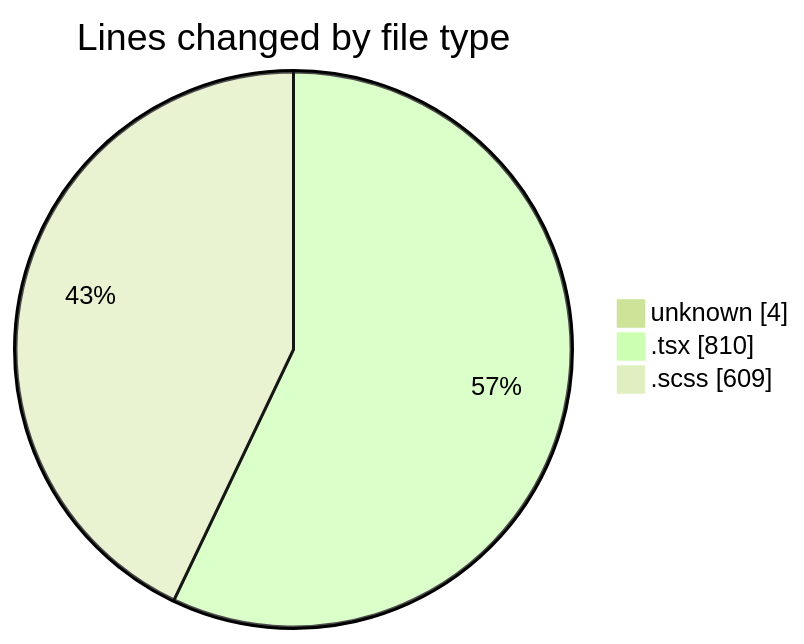
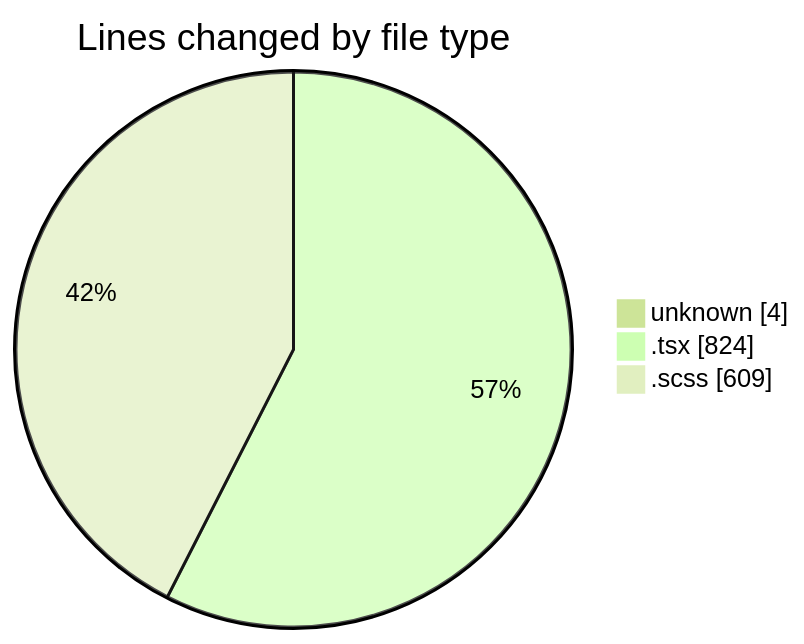
Before and after one commit to momahboobian/code-tracking: the first of 2 diagrams in 2025-02-14/cda/README.md, drawn with Mermaid (forest theme). The commit also changed other lines of this file and 1 other file, not shown here.

````diff
--- a/2025-02-14/cda/README.md
+++ b/2025-02-14/cda/README.md
@@ -27,7 +27,7 @@
 ```mermaid
 pie showData
 title Lines changed by file type
 "unknown" : 4
-".tsx" : 810
+".tsx" : 824
 ".scss" : 609
 ```
````
